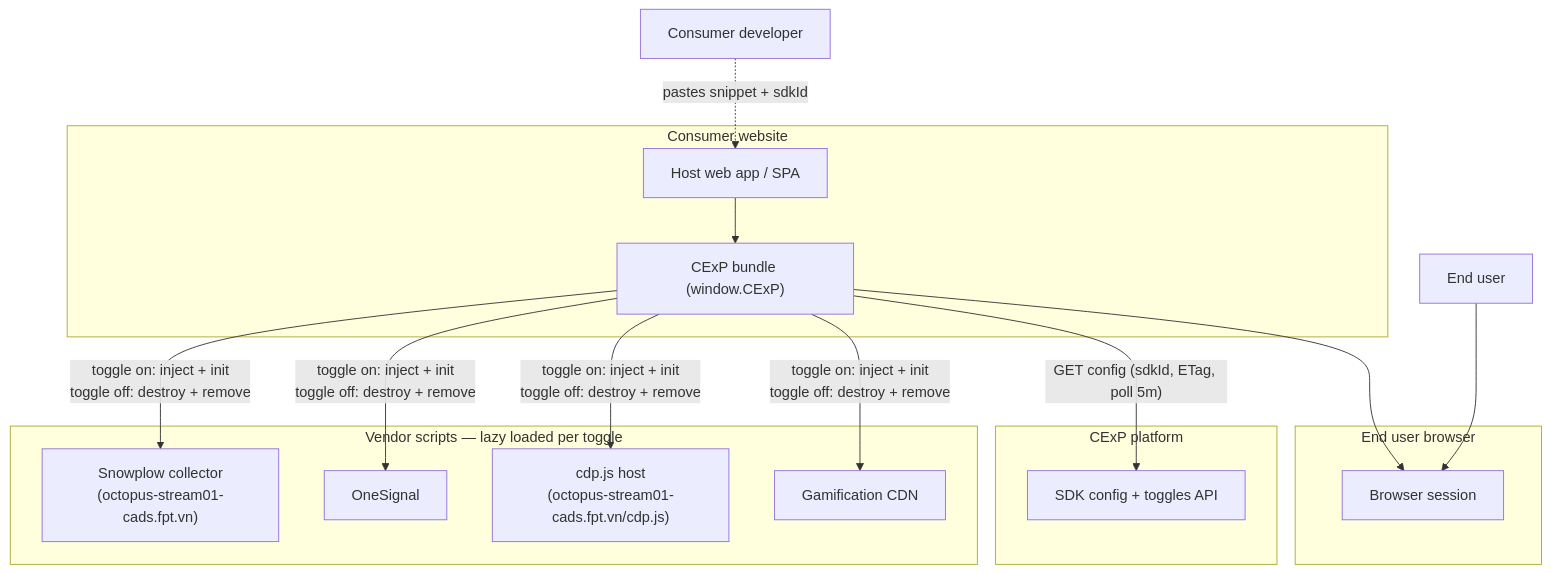
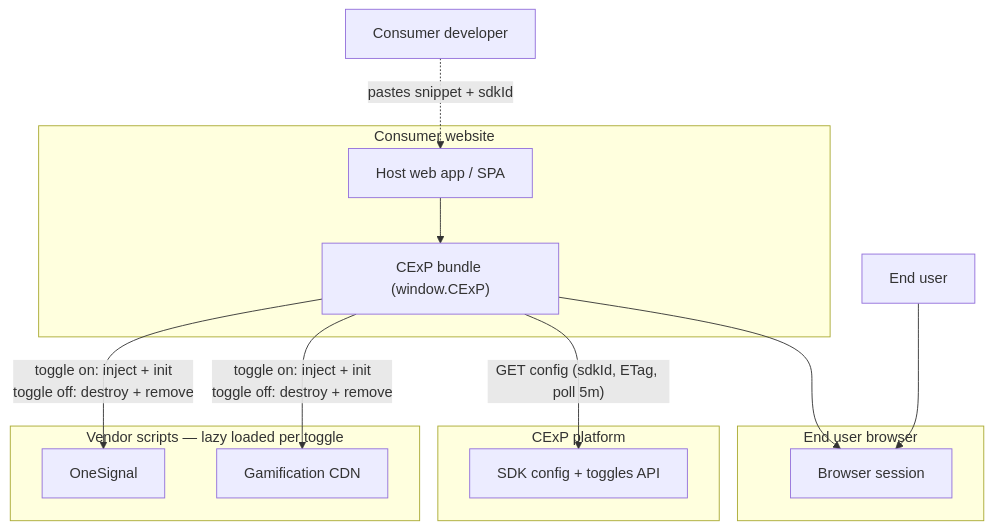
Before and after one commit to CExP-dev/cexp-hub-sdk: the third of 8 diagrams in docs/superpowers/architecture/2026-03-20-cexp-hub-sdk-system-architecture.md, drawn with Mermaid. The commit also changed other lines of this file and 10 other files, not shown here.

````diff
--- a/docs/superpowers/architecture/2026-03-20-cexp-hub-sdk-system-architecture.md
+++ b/docs/superpowers/architecture/2026-03-20-cexp-hub-sdk-system-architecture.md
@@ -30,34 +76,30 @@
 ```mermaid
 flowchart TB
   subgraph consumerEnv [Consumer website]
     Site[Host web app / SPA]
     Script["CExP bundle (window.CExP)"]
     Site --> Script
   end
 
   subgraph endUser [End user browser]
     Browser[Browser session]
   end
 
   Script --> Browser
 
   subgraph cexpBackend [CExP platform]
     ConfigAPI[SDK config + toggles API]
   end
 
   subgraph vendors [Vendor scripts — lazy loaded per toggle]
-    SnowplowCol["Snowplow collector\n(octopus-stream01-cads.fpt.vn)"]
     OneSignalSvc[OneSignal]
-    CdpHost["cdp.js host\n(octopus-stream01-cads.fpt.vn/cdp.js)"]
     GamCDN[Gamification CDN]
   end
 
   Consumer[Consumer developer] -.->|"pastes snippet + sdkId"| Site
   EndUserPerson[End user] --> Browser
 
   Script -->|"GET config (sdkId, ETag, poll 5m)"| ConfigAPI
-  Script -->|"toggle on: inject + init\ntoggle off: destroy + remove"| SnowplowCol
   Script -->|"toggle on: inject + init\ntoggle off: destroy + remove"| OneSignalSvc
-  Script -->|"toggle on: inject + init\ntoggle off: destroy + remove"| CdpHost
   Script -->|"toggle on: inject + init\ntoggle off: destroy + remove"| GamCDN
 ```
````
